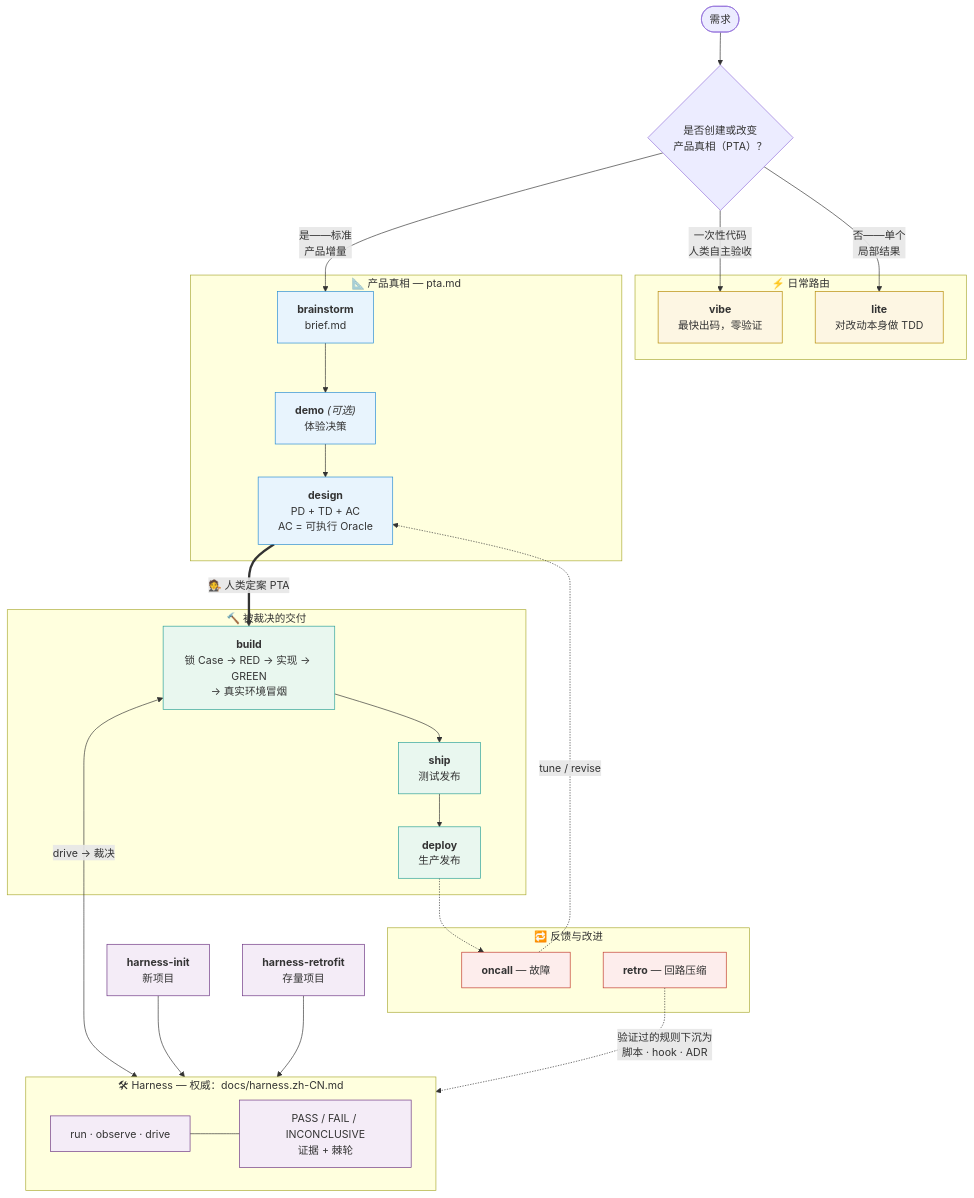
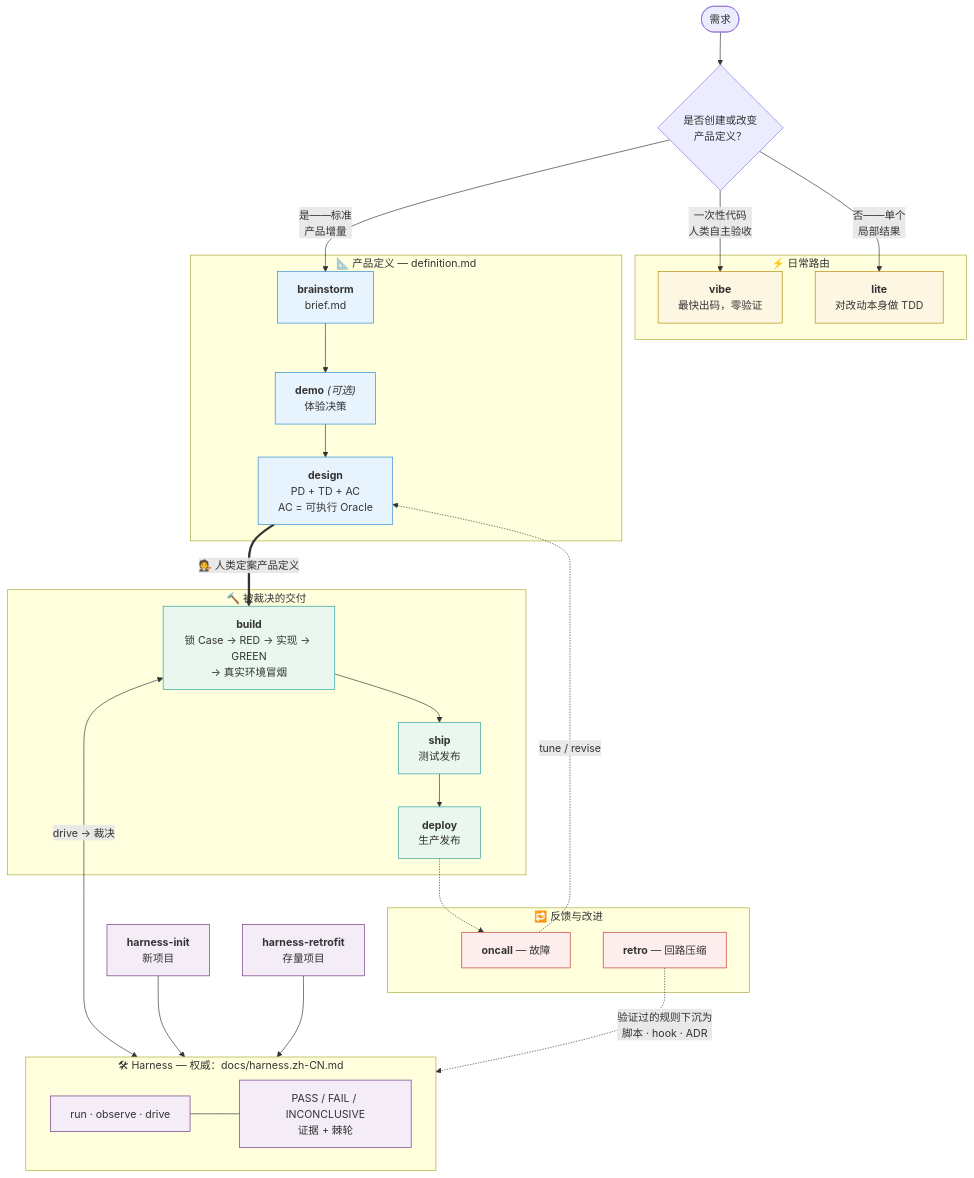
Before and after one commit to wallkop/opc-develop: the first of 2 diagrams in README.zh-CN.md, drawn with Mermaid. The commit also changed other lines of this file and 12 other files, not shown here.

First line of the commit message:
rename: PTA/产品真相 → 产品定义 (Product Definition), pta.md → definition.md

````diff
--- a/README.zh-CN.md
+++ b/README.zh-CN.md
@@ -55,51 +55,51 @@
 ```mermaid
 flowchart TB
-    REQ(["需求"]) --> ROUTE{"是否创建或改变<br/>产品真相（PTA）？"}
+    REQ(["需求"]) --> ROUTE{"是否创建或改变<br/>产品定义？"}
     ROUTE -->|"一次性代码<br/>人类自主验收"| VIBE
     ROUTE -->|"否——单个<br/>局部结果"| LITE
     ROUTE -->|"是——标准<br/>产品增量"| BS
 
     subgraph DAILY["⚡ 日常路由"]
         VIBE["<b>vibe</b><br/>最快出码，零验证"]
         LITE["<b>lite</b><br/>对改动本身做 TDD"]
     end
 
-    subgraph PTA["📐 产品真相 — pta.md"]
+    subgraph DEF["📐 产品定义 — definition.md"]
         BS["<b>brainstorm</b><br/>brief.md"] --> DEMO["<b>demo</b> <i>(可选)</i><br/>体验决策"]
         DEMO --> DESIGN["<b>design</b><br/>PD + TD + AC<br/>AC = 可执行 Oracle"]
     end
 
-    DESIGN ==>|"🧑‍⚖️ 人类定案 PTA"| BUILD
+    DESIGN ==>|"🧑‍⚖️ 人类定案产品定义"| BUILD
 
     subgraph DELIVER["🔨 被裁决的交付"]
         BUILD["<b>build</b><br/>锁 Case → RED → 实现 → GREEN<br/>→ 真实环境冒烟"] --> SHIP["<b>ship</b><br/>测试发布"]
         SHIP --> DEPLOY["<b>deploy</b><br/>生产发布"]
     end
 
     subgraph HARNESS["🛠 Harness — 权威：docs/harness.zh-CN.md"]
         VERBS["run · observe · drive"] --- VERDICT["PASS / FAIL / INCONCLUSIVE<br/>证据 + 棘轮"]
     end
 
     BUILD <-->|"drive → 裁决"| HARNESS
     HINIT["<b>harness-init</b><br/>新项目"] --> HARNESS
     HRETRO["<b>harness-retrofit</b><br/>存量项目"] --> HARNESS
 
     subgraph LOOP["🔁 反馈与改进"]
         ONCALL["<b>oncall</b> — 故障"]
         RETRO["<b>retro</b> — 回路压缩"]
     end
     DEPLOY -.-> ONCALL
     ONCALL -.->|"tune / revise"| DESIGN
     RETRO -.->|"验证过的规则下沉为<br/>脚本 · hook · ADR"| HARNESS
 
     classDef daily fill:#fdf6e3,stroke:#b58900,color:#333
     classDef truth fill:#e8f4fd,stroke:#268bd2,color:#333
     classDef deliver fill:#e9f7ef,stroke:#2aa198,color:#333
     classDef harness fill:#f4ecf7,stroke:#6c3483,color:#333
     classDef loop fill:#fdedec,stroke:#c0392b,color:#333
     class VIBE,LITE daily
     class BS,DEMO,DESIGN truth
     class BUILD,SHIP,DEPLOY deliver
     class VERBS,VERDICT,HINIT,HRETRO harness
     class ONCALL,RETRO loop
 ```
````
